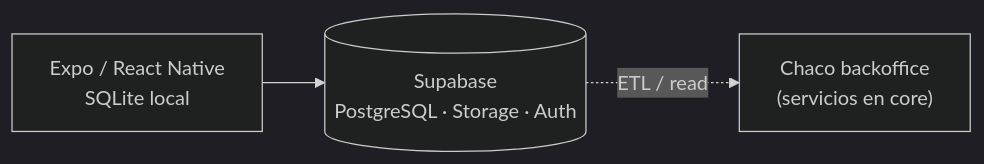
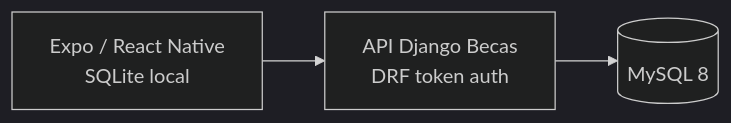
One commit to Mkdir-arg/Chaco-Back changed the third of 4 diagrams in docs/client/architecture.md. Above: the diagram before and after it, drawn with Mermaid (dark theme). The commit also changed other lines of this file and 50 other files, not shown here.

Commit message:
Ajustes de inicio y relevamientos, soporte offline con cache local, formulario con validacion RENAPER, CORS para Expo web, limpieza completa de Supabase y validaciones de Django/Expo

````diff
--- a/docs/client/architecture.md
+++ b/docs/client/architecture.md
@@ -484,5 +477,5 @@
 ```mermaid
 flowchart LR
-    APP["Expo / React Native<br/>SQLite local"] --> SUPA[("Supabase<br/>PostgreSQL · Storage · Auth")]
-    SUPA -. ETL / read .-> CHACO["Chaco backoffice<br/>(servicios en core)"]
+    APP["Expo / React Native<br/>SQLite local"] --> API["API Django Becas<br/>DRF token auth"]
+    API --> MYSQL[("MySQL 8")]
 ```
````
